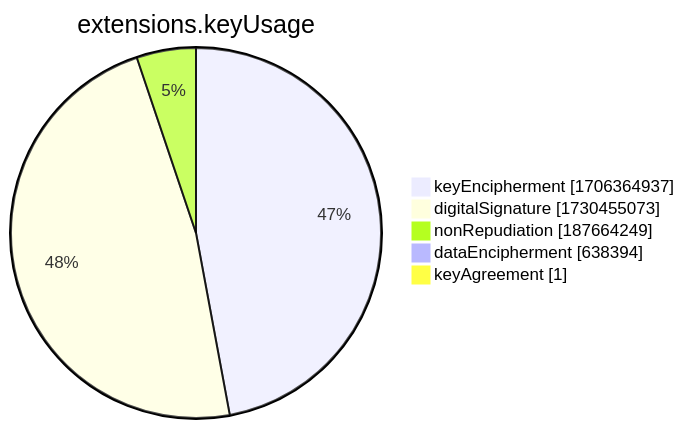
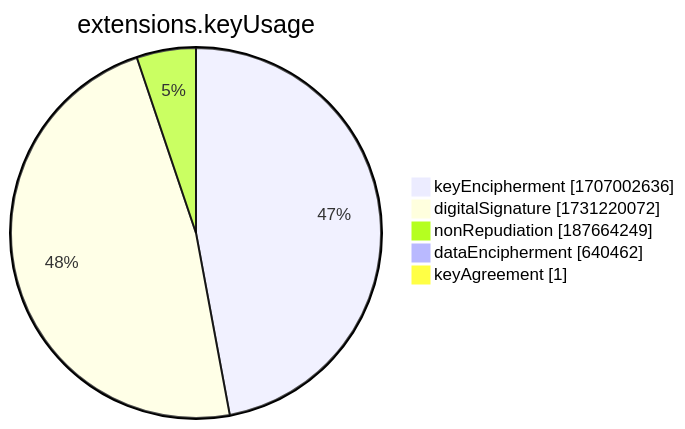
Before and after one commit to christiankrug/ctmonitor_visualization: the seventh of 15 diagrams in xenon2022/README.md, drawn with Mermaid. The commit also changed other lines of this file, not shown here.

````diff
--- a/xenon2022/README.md
+++ b/xenon2022/README.md
@@ -2858,9 +2858,9 @@
 ```mermaid
 pie showData
 title extensions.keyUsage
-"keyEncipherment" :1706364937
-"digitalSignature" :1730455073
+"keyEncipherment" :1707002636
+"digitalSignature" :1731220072
 "nonRepudiation" :187664249
-"dataEncipherment" :638394
+"dataEncipherment" :640462
 "keyAgreement" :1
 ```
````
